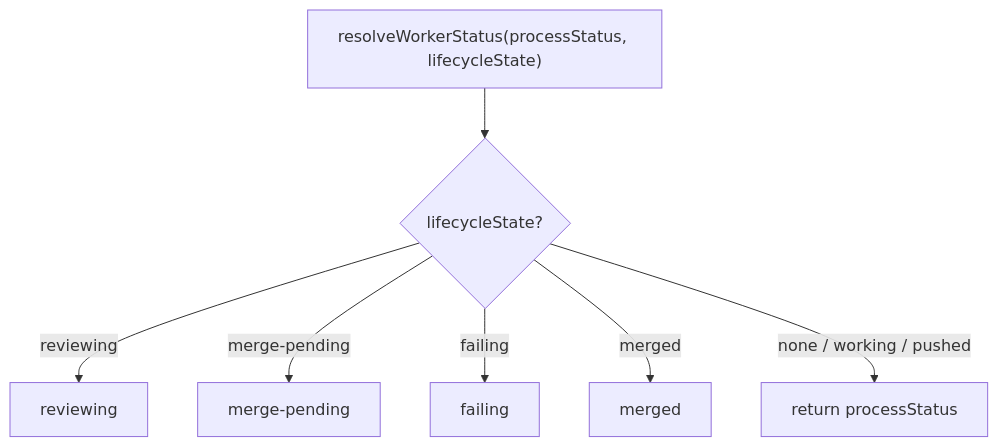
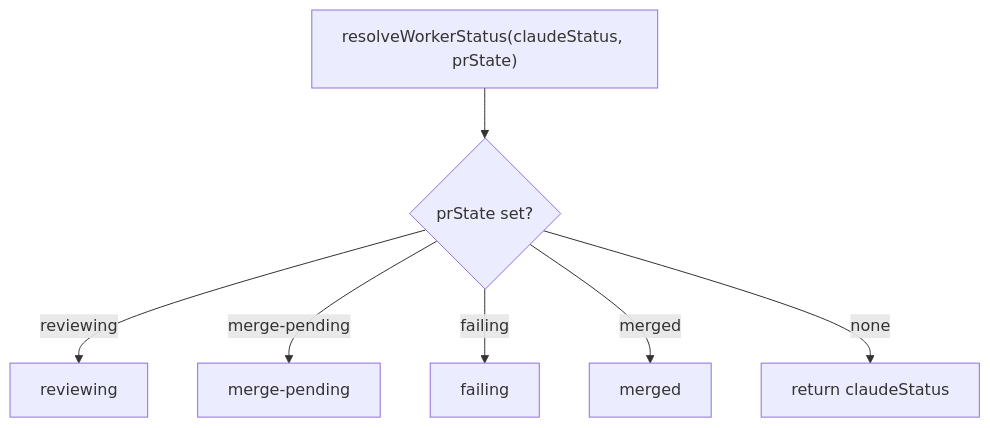
Before and after one commit to keychanger/garden: the second of 3 diagrams in src/dashboard/STATUS.md, drawn with Mermaid. The commit also changed other lines of this file, not shown here.

````diff
--- a/src/dashboard/STATUS.md
+++ b/src/dashboard/STATUS.md
@@ -273,9 +252,9 @@
 ```mermaid
 flowchart TD
-    Start["resolveWorkerStatus(processStatus, lifecycleState)"] --> A{lifecycleState?}
+    Start["resolveWorkerStatus(claudeStatus, prState)"] --> A{prState set?}
     A -->|reviewing| reviewing
     A -->|merge-pending| merge_pending["merge-pending"]
     A -->|failing| failing
     A -->|merged| merged
-    A -->|"none / working / pushed"| B["return processStatus"]
+    A -->|none| B["return claudeStatus"]
 ```
````
